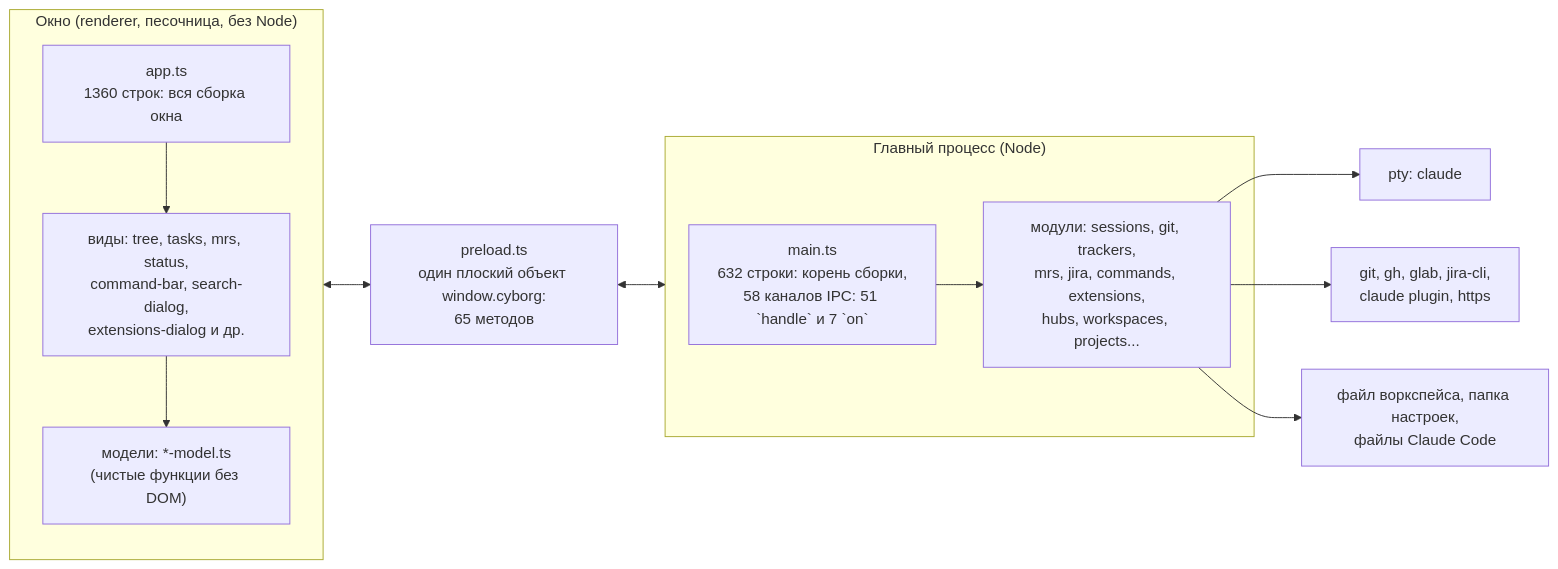
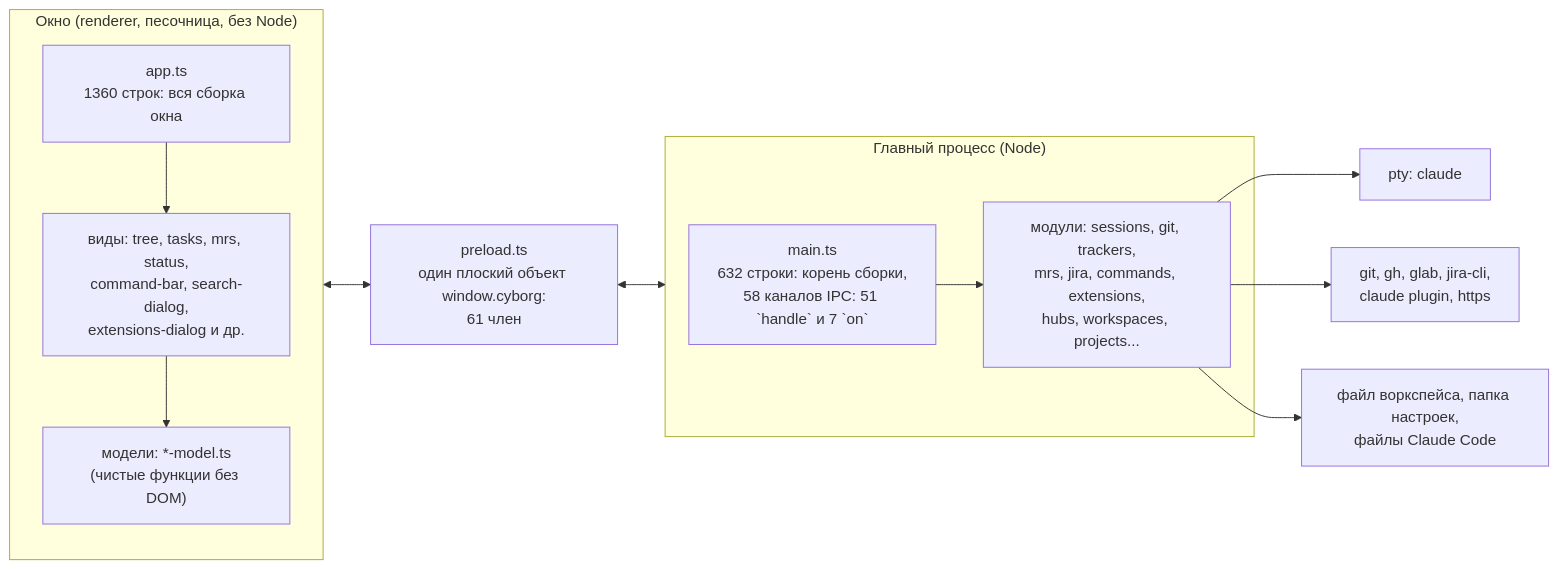
The diagram in docs/cyborg-harness/research/cyborg-today.md (dex-it/ai-cyborg), drawn with Mermaid before and after one commit. The commit also changed other lines of this file and 12 other files, not shown here.

````diff
--- a/docs/cyborg-harness/research/cyborg-today.md
+++ b/docs/cyborg-harness/research/cyborg-today.md
@@ -25,19 +25,19 @@
 ```mermaid
 flowchart LR
   subgraph win["Окно (renderer, песочница, без Node)"]
     APP["app.ts<br/>1360 строк: вся сборка окна"]
     VIEWS["виды: tree, tasks, mrs, status,<br/>command-bar, search-dialog,<br/>extensions-dialog и др."]
     MODELS["модели: *-model.ts<br/>(чистые функции без DOM)"]
     APP --> VIEWS --> MODELS
   end
-  PRE["preload.ts<br/>один плоский объект window.cyborg:<br/>65 методов"]
+  PRE["preload.ts<br/>один плоский объект window.cyborg:<br/>61 член"]
   subgraph main["Главный процесс (Node)"]
     MAIN["main.ts<br/>632 строки: корень сборки,<br/>58 каналов IPC: 51 `handle` и 7 `on`"]
     MODS["модули: sessions, git, trackers,<br/>mrs, jira, commands, extensions,<br/>hubs, workspaces, projects..."]
     MAIN --> MODS
   end
   win <--> PRE <--> main
   MODS --> PTY["pty: claude"]
   MODS --> EXT["git, gh, glab, jira-cli,<br/>claude plugin, https"]
   MODS --> FILES["файл воркспейса, папка настроек,<br/>файлы Claude Code"]
 ```
````
